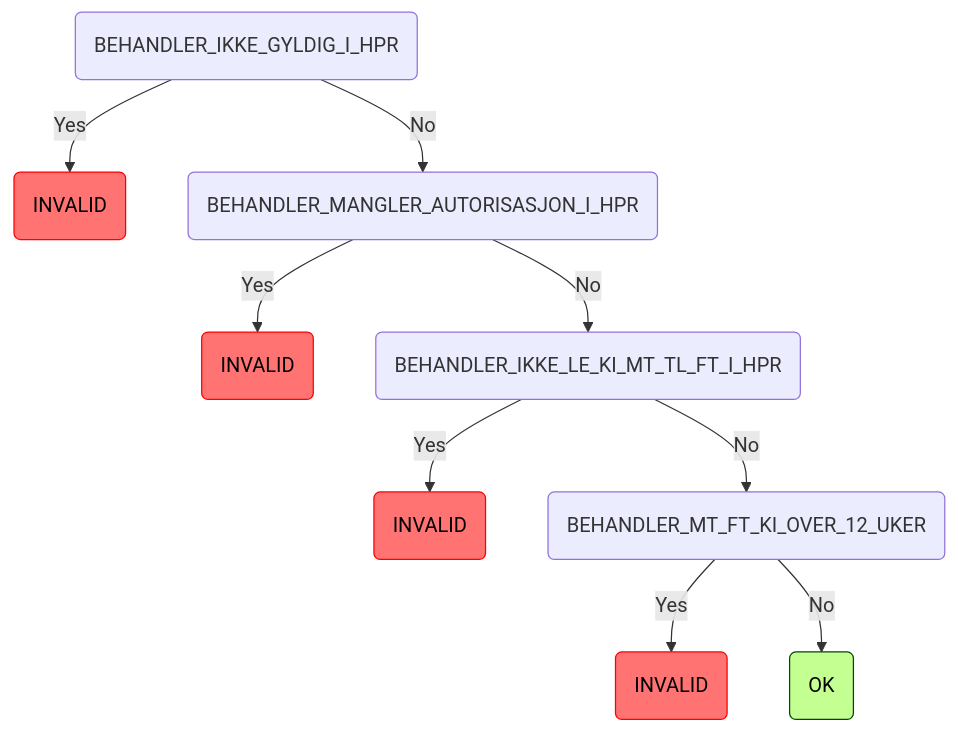
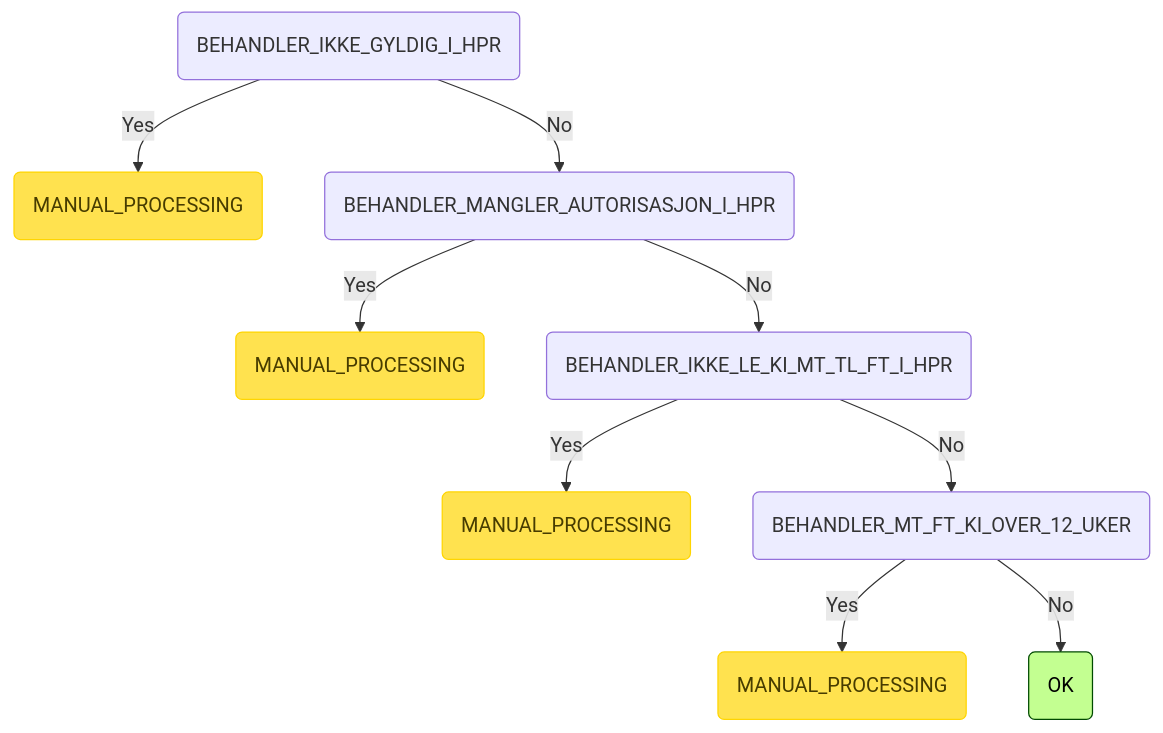
The second of 5 diagrams in README.md (navikt/syfosmpapirregler), drawn with Mermaid before and after one commit. The commit also changed other lines of this file and 30 other files, not shown here.

````diff
--- a/README.md
+++ b/README.md
@@ -91,14 +91,14 @@
 ```mermaid
 graph TD
-    root(BEHANDLER_IKKE_GYLDIG_I_HPR) -->|Yes| root_BEHANDLER_IKKE_GYLDIG_I_HPR_INVALID(INVALID):::invalid
+    root(BEHANDLER_IKKE_GYLDIG_I_HPR) -->|Yes| root_BEHANDLER_IKKE_GYLDIG_I_HPR_MANUAL_PROCESSING(MANUAL_PROCESSING):::manuell
     root(BEHANDLER_IKKE_GYLDIG_I_HPR) -->|No| root_BEHANDLER_IKKE_GYLDIG_I_HPR_BEHANDLER_MANGLER_AUTORISASJON_I_HPR(BEHANDLER_MANGLER_AUTORISASJON_I_HPR)
-    root_BEHANDLER_IKKE_GYLDIG_I_HPR_BEHANDLER_MANGLER_AUTORISASJON_I_HPR(BEHANDLER_MANGLER_AUTORISASJON_I_HPR) -->|Yes| root_BEHANDLER_IKKE_GYLDIG_I_HPR_BEHANDLER_MANGLER_AUTORISASJON_I_HPR_INVALID(INVALID):::invalid
+    root_BEHANDLER_IKKE_GYLDIG_I_HPR_BEHANDLER_MANGLER_AUTORISASJON_I_HPR(BEHANDLER_MANGLER_AUTORISASJON_I_HPR) -->|Yes| root_BEHANDLER_IKKE_GYLDIG_I_HPR_BEHANDLER_MANGLER_AUTORISASJON_I_HPR_MANUAL_PROCESSING(MANUAL_PROCESSING):::manuell
     root_BEHANDLER_IKKE_GYLDIG_I_HPR_BEHANDLER_MANGLER_AUTORISASJON_I_HPR(BEHANDLER_MANGLER_AUTORISASJON_I_HPR) -->|No| root_BEHANDLER_IKKE_GYLDIG_I_HPR_BEHANDLER_MANGLER_AUTORISASJON_I_HPR_BEHANDLER_IKKE_LE_KI_MT_TL_FT_I_HPR(BEHANDLER_IKKE_LE_KI_MT_TL_FT_I_HPR)
-    root_BEHANDLER_IKKE_GYLDIG_I_HPR_BEHANDLER_MANGLER_AUTORISASJON_I_HPR_BEHANDLER_IKKE_LE_KI_MT_TL_FT_I_HPR(BEHANDLER_IKKE_LE_KI_MT_TL_FT_I_HPR) -->|Yes| root_BEHANDLER_IKKE_GYLDIG_I_HPR_BEHANDLER_MANGLER_AUTORISASJON_I_HPR_BEHANDLER_IKKE_LE_KI_MT_TL_FT_I_HPR_INVALID(INVALID):::invalid
+    root_BEHANDLER_IKKE_GYLDIG_I_HPR_BEHANDLER_MANGLER_AUTORISASJON_I_HPR_BEHANDLER_IKKE_LE_KI_MT_TL_FT_I_HPR(BEHANDLER_IKKE_LE_KI_MT_TL_FT_I_HPR) -->|Yes| root_BEHANDLER_IKKE_GYLDIG_I_HPR_BEHANDLER_MANGLER_AUTORISASJON_I_HPR_BEHANDLER_IKKE_LE_KI_MT_TL_FT_I_HPR_MANUAL_PROCESSING(MANUAL_PROCESSING):::manuell
     root_BEHANDLER_IKKE_GYLDIG_I_HPR_BEHANDLER_MANGLER_AUTORISASJON_I_HPR_BEHANDLER_IKKE_LE_KI_MT_TL_FT_I_HPR(BEHANDLER_IKKE_LE_KI_MT_TL_FT_I_HPR) -->|No| root_BEHANDLER_IKKE_GYLDIG_I_HPR_BEHANDLER_MANGLER_AUTORISASJON_I_HPR_BEHANDLER_IKKE_LE_KI_MT_TL_FT_I_HPR_BEHANDLER_MT_FT_KI_OVER_12_UKER(BEHANDLER_MT_FT_KI_OVER_12_UKER)
-    root_BEHANDLER_IKKE_GYLDIG_I_HPR_BEHANDLER_MANGLER_AUTORISASJON_I_HPR_BEHANDLER_IKKE_LE_KI_MT_TL_FT_I_HPR_BEHANDLER_MT_FT_KI_OVER_12_UKER(BEHANDLER_MT_FT_KI_OVER_12_UKER) -->|Yes| root_BEHANDLER_IKKE_GYLDIG_I_HPR_BEHANDLER_MANGLER_AUTORISASJON_I_HPR_BEHANDLER_IKKE_LE_KI_MT_TL_FT_I_HPR_BEHANDLER_MT_FT_KI_OVER_12_UKER_INVALID(INVALID):::invalid
+    root_BEHANDLER_IKKE_GYLDIG_I_HPR_BEHANDLER_MANGLER_AUTORISASJON_I_HPR_BEHANDLER_IKKE_LE_KI_MT_TL_FT_I_HPR_BEHANDLER_MT_FT_KI_OVER_12_UKER(BEHANDLER_MT_FT_KI_OVER_12_UKER) -->|Yes| root_BEHANDLER_IKKE_GYLDIG_I_HPR_BEHANDLER_MANGLER_AUTORISASJON_I_HPR_BEHANDLER_IKKE_LE_KI_MT_TL_FT_I_HPR_BEHANDLER_MT_FT_KI_OVER_12_UKER_MANUAL_PROCESSING(MANUAL_PROCESSING):::manuell
     root_BEHANDLER_IKKE_GYLDIG_I_HPR_BEHANDLER_MANGLER_AUTORISASJON_I_HPR_BEHANDLER_IKKE_LE_KI_MT_TL_FT_I_HPR_BEHANDLER_MT_FT_KI_OVER_12_UKER(BEHANDLER_MT_FT_KI_OVER_12_UKER) -->|No| root_BEHANDLER_IKKE_GYLDIG_I_HPR_BEHANDLER_MANGLER_AUTORISASJON_I_HPR_BEHANDLER_IKKE_LE_KI_MT_TL_FT_I_HPR_BEHANDLER_MT_FT_KI_OVER_12_UKER_OK(OK):::ok
     classDef ok fill:#c3ff91,stroke:#004a00,color: black;
     classDef invalid fill:#ff7373,stroke:#ff0000,color: black;
     classDef manuell fill:#ffe24f,stroke:#ffd500,color: #473c00;
 ```
````
